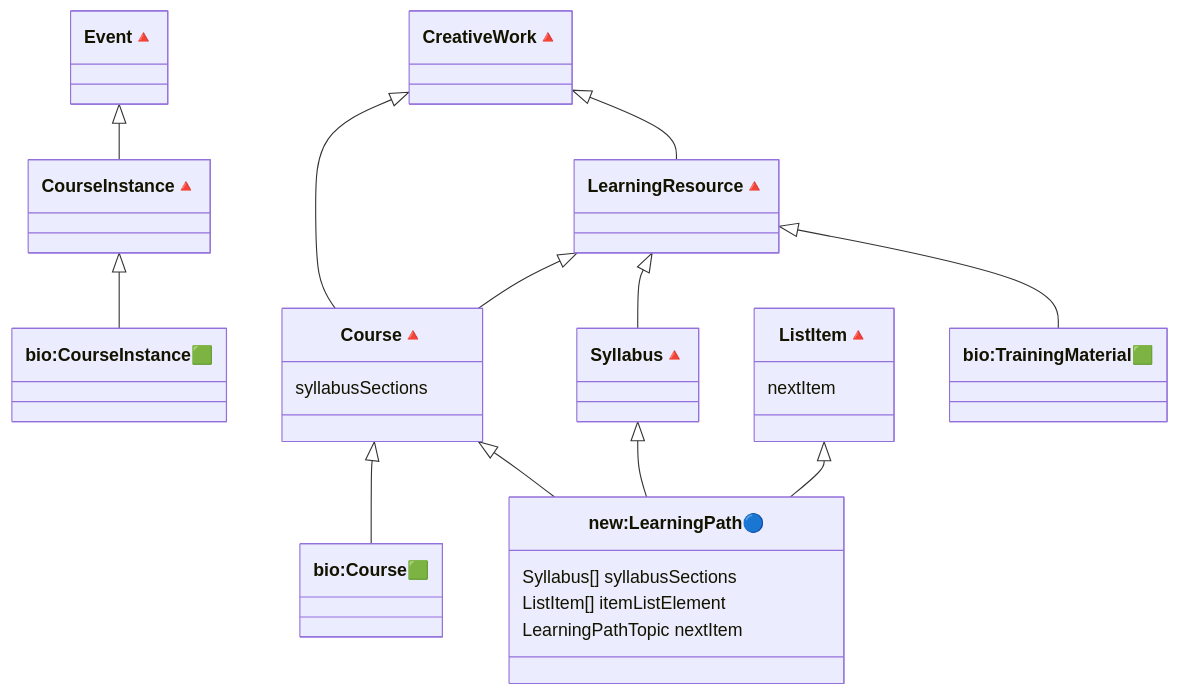
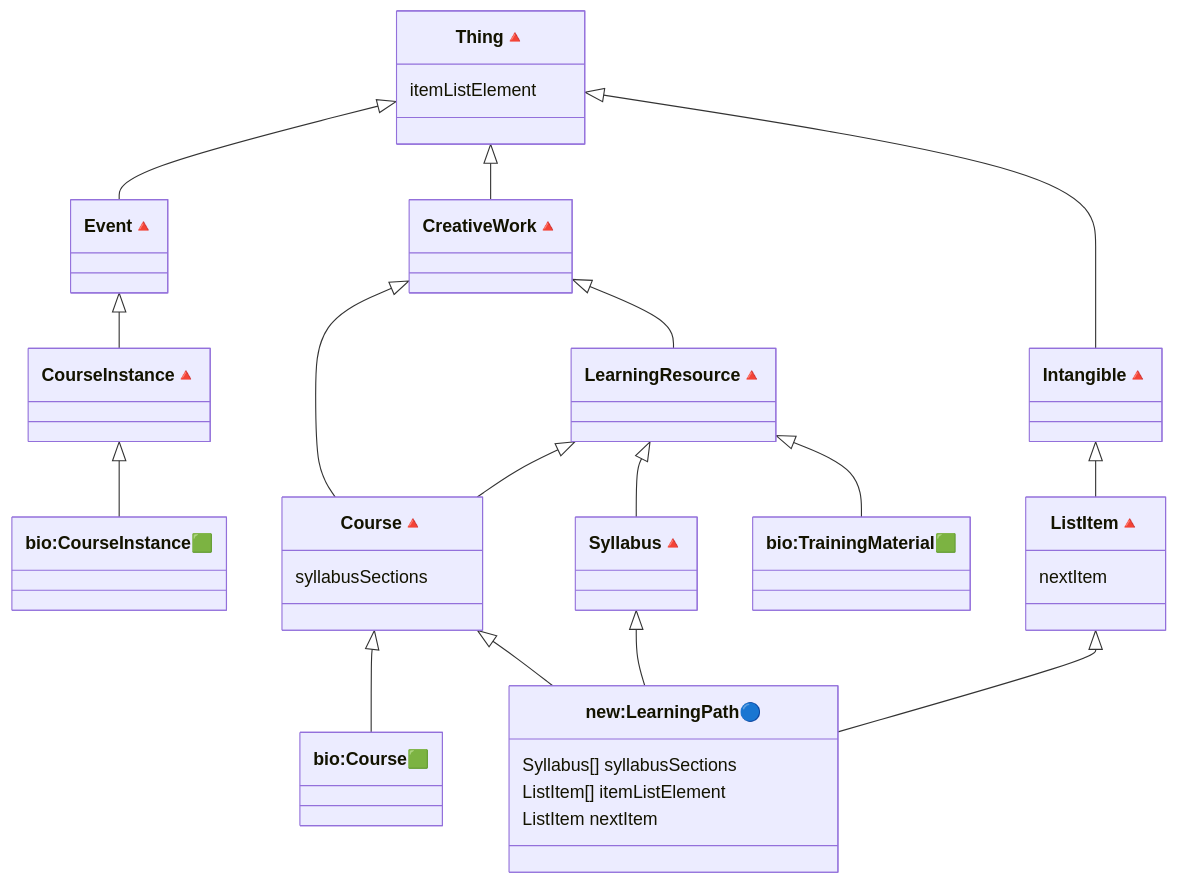
Before and after one commit to BioSchemas/LearningPath-sandbox: the fourth of 4 diagrams in README.md, drawn with Mermaid. The commit also changed other lines of this file, not shown here.

Commit message:
Update README with module and schema changes

````diff
--- a/README.md
+++ b/README.md
@@ -286,42 +296,51 @@
 ```mermaid
 classDiagram
 direction TB
     class CourseInstance["CourseInstance🔺"] {
     }
     class bio_CourseInstance["bio:CourseInstance🟩"] {
     }
     class bio_Course["bio:Course🟩"] {
     }
     class Course["Course🔺"] {
 	    syllabusSections
     }
     class new_LearningPath["new:LearningPath🔵"] {
 	    Syllabus[] syllabusSections
 	    ListItem[] itemListElement
-	    LearningPathTopic nextItem
-    }
-    class ListItem["ListItem🔺"] {
-	    nextItem
+	    ListItem nextItem
     }
     class Syllabus["Syllabus🔺"] {
     }
     class LearningResource["LearningResource🔺"] {
     }
     class bio_TrainingMaterial["bio:TrainingMaterial🟩"] {
     }
+    class ListItem["ListItem🔺"] {
+	    nextItem
+    }
     class CreativeWork["CreativeWork🔺"] {
     }
     class Event["Event🔺"] {
+    }
+    class Intangible["Intangible🔺"] {
+    }
+    class Thing["Thing🔺"] {
+	    itemListElement
     }
     Course <|-- bio_Course
     Course <|-- new_LearningPath
     Syllabus <|-- new_LearningPath
     ListItem <|-- new_LearningPath
     CreativeWork <|-- LearningResource
     CreativeWork <|-- Course
     LearningResource <|-- Course
     LearningResource <|-- Syllabus
     Event <|-- CourseInstance
     CourseInstance <|-- bio_CourseInstance
     LearningResource <|-- bio_TrainingMaterial
+    Thing <|-- Event
+    Thing <|-- CreativeWork
+    Intangible <|-- ListItem
+    Thing <|-- Intangible
 ```
````
